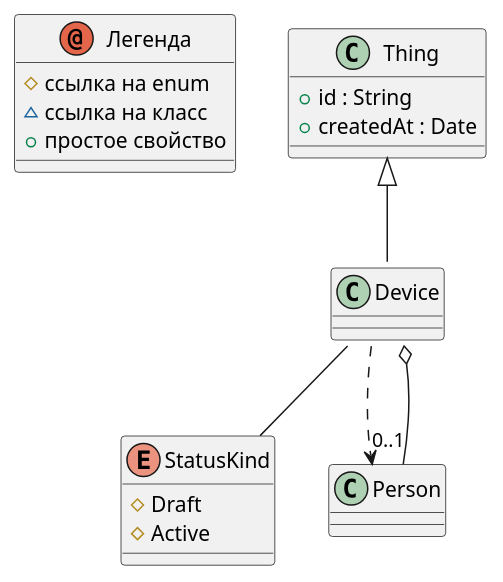
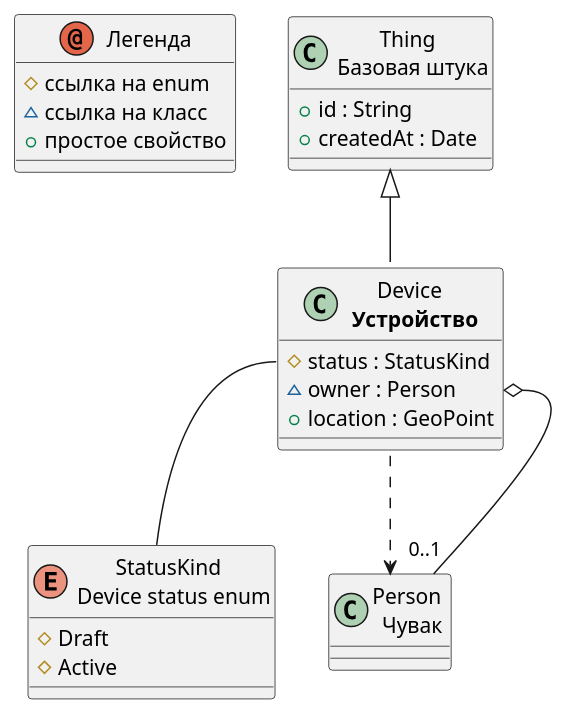
One commit to simplepersonru/SimpleOntoDoc changed the diagram in Example2/output/entities/Device.md. Above: the diagram before and after it, drawn with PlantUML. The commit also changed other lines of this file and 13 other files, not shown here.

````diff
--- a/Example2/output/entities/Device.md
+++ b/Example2/output/entities/Device.md
@@ -19,26 +24,29 @@
 ```plantuml
 @startuml
 skinparam groupInheritance 6
 set separator none
 annotation "Легенда" {
   #ссылка на enum
   ~ссылка на класс
   +простое свойство
 }
-class "Device" as demo.Device  
-enum "StatusKind" as demo.StatusKind  
-class "Person" as demo.Person  
-class "Thing" as demo.Thing  
+class "Device \n **Устройство**" as demo.Device  
+enum "StatusKind \n Device status enum" as demo.StatusKind  
+class "Person \n Чувак" as demo.Person  
+class "Thing \n Базовая штука" as demo.Thing  
+demo.Device : #status : StatusKind
+demo.Device : ~owner : Person
+demo.Device : +location : GeoPoint
 demo.Device ..> demo.Person
 enum demo.StatusKind {
 #Draft
 #Active
 }
 demo.Device::status -- demo.StatusKind
 demo.Device::owner o--"0..1" demo.Person
 demo.Thing <|-down- demo.Device
 demo.Thing : +id : String
 demo.Thing : +createdAt : Date
 
 @enduml
 ```
````
